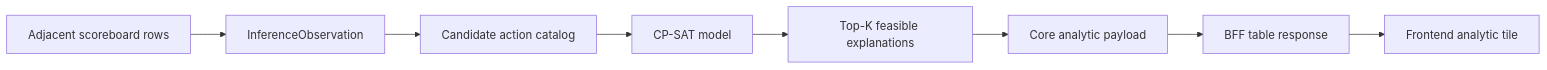
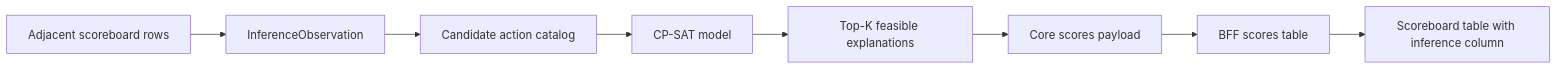
The diagram in docs/design-military-score-build-inference-implementation.md (SteveDraper/Planets-Console), drawn with Mermaid before and after one commit. The commit also changed other lines of this file and 1 other file, not shown here.

Commit message:
Design docs for solver and analytic update

````diff
--- a/docs/design-military-score-build-inference-implementation.md
+++ b/docs/design-military-score-build-inference-implementation.md
@@ -31,10 +31,10 @@
 ```mermaid
 flowchart LR
     Scores["Adjacent scoreboard rows"] --> Observations["InferenceObservation"]
     Observations --> Catalog["Candidate action catalog"]
     Catalog --> Model["CP-SAT model"]
     Model --> Solutions["Top-K feasible explanations"]
-    Solutions --> CoreAnalytic["Core analytic payload"]
-    CoreAnalytic --> BffTable["BFF table response"]
-    BffTable --> Frontend["Frontend analytic tile"]
+    Solutions --> CoreScores["Core scores payload"]
+    CoreScores --> BffScores["BFF scores table"]
+    BffScores --> Frontend["Scoreboard table with inference column"]
 ```
````
